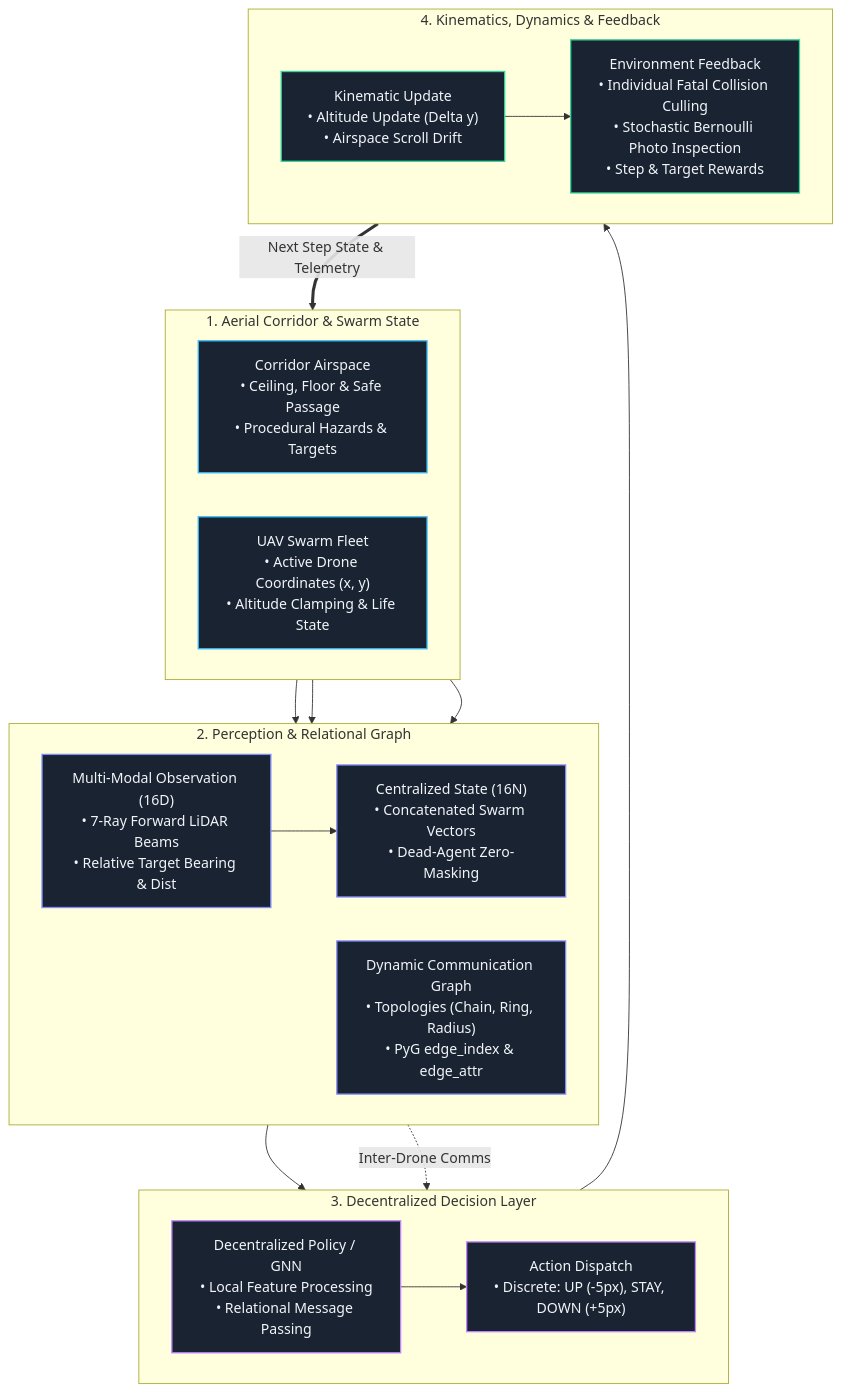
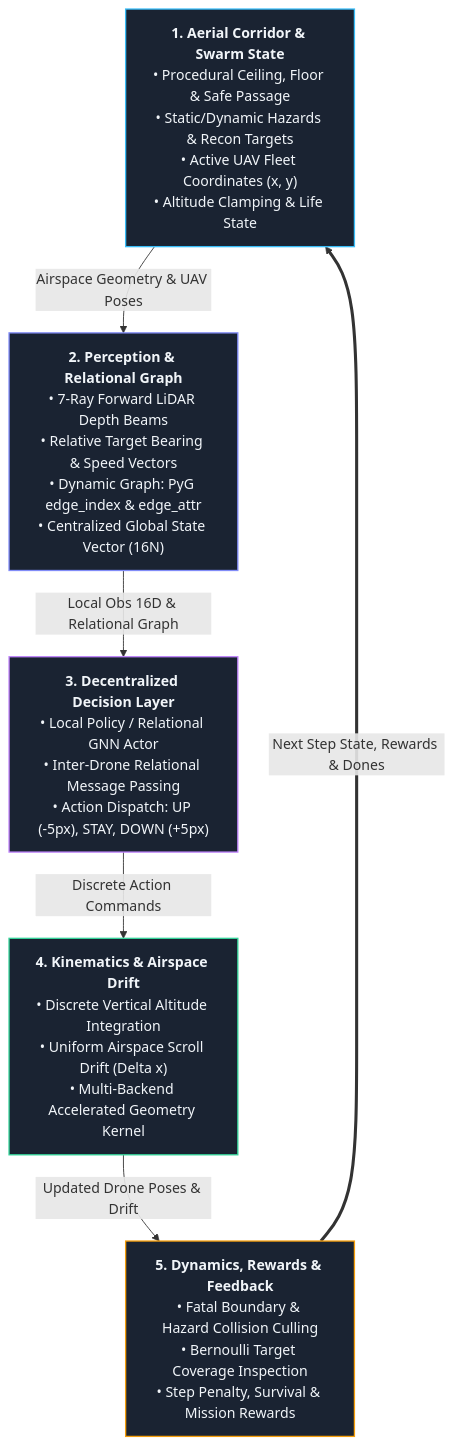
Before and after one commit to HamBa-m/scrollswarm: the diagram in docs/index.md, drawn with Mermaid.

Commit message:
docs: streamline Core Architecture diagram into a slim vertical pipeline

````diff
--- a/docs/index.md
+++ b/docs/index.md
@@ -35,50 +35,30 @@
 ```mermaid
 flowchart TD
-    subgraph S1 ["1. Aerial Corridor & Swarm State"]
-        direction LR
-        CORRIDOR["Corridor Airspace<br/>• Ceiling, Floor & Safe Passage<br/>• Procedural Hazards & Targets"]
-        SWARM["UAV Swarm Fleet<br/>• Active Drone Coordinates (x, y)<br/>• Altitude Clamping & Life State"]
-    end
+    ENV["<b>1. Aerial Corridor & Swarm State</b><br/>• Procedural Ceiling, Floor & Safe Passage<br/>• Static/Dynamic Hazards & Recon Targets<br/>• Active UAV Fleet Coordinates (x, y)<br/>• Altitude Clamping & Life State"]
 
-    subgraph S2 ["2. Perception & Relational Graph"]
-        direction LR
-        OBS["Multi-Modal Observation (16D)<br/>• 7-Ray Forward LiDAR Beams<br/>• Relative Target Bearing & Dist"]
-        GRAPH["Dynamic Communication Graph<br/>• Topologies (Chain, Ring, Radius)<br/>• PyG edge_index & edge_attr"]
-        CTDE["Centralized State (16N)<br/>• Concatenated Swarm Vectors<br/>• Dead-Agent Zero-Masking"]
-    end
+    PERCEPTION["<b>2. Perception & Relational Graph</b><br/>• 7-Ray Forward LiDAR Depth Beams<br/>• Relative Target Bearing & Speed Vectors<br/>• Dynamic Graph: PyG edge_index & edge_attr<br/>• Centralized Global State Vector (16N)"]
 
-    subgraph S3 ["3. Decentralized Decision Layer"]
-        direction LR
-        POLICY["Decentralized Policy / GNN<br/>• Local Feature Processing<br/>• Relational Message Passing"]
-        ACTIONS["Action Dispatch<br/>• Discrete: UP (-5px), STAY, DOWN (+5px)"]
-    end
+    POLICY["<b>3. Decentralized Decision Layer</b><br/>• Local Policy / Relational GNN Actor<br/>• Inter-Drone Relational Message Passing<br/>• Action Dispatch: UP (-5px), STAY, DOWN (+5px)"]
 
-    subgraph S4 ["4. Kinematics, Dynamics & Feedback"]
-        direction LR
-        KINEMATICS["Kinematic Update<br/>• Altitude Update (Delta y)<br/>• Airspace Scroll Drift"]
-        FEEDBACK["Environment Feedback<br/>• Individual Fatal Collision Culling<br/>• Stochastic Bernoulli Photo Inspection<br/>• Step & Target Rewards"]
-    end
+    KINEMATICS["<b>4. Kinematics & Airspace Drift</b><br/>• Discrete Vertical Altitude Integration<br/>• Uniform Airspace Scroll Drift (Delta x)<br/>• Multi-Backend Accelerated Geometry Kernel"]
 
-    CORRIDOR --> OBS
-    SWARM --> OBS
-    SWARM --> GRAPH
-    OBS --> CTDE
+    FEEDBACK["<b>5. Dynamics, Rewards & Feedback</b><br/>• Fatal Boundary & Hazard Collision Culling<br/>• Bernoulli Target Coverage Inspection<br/>• Step Penalty, Survival & Mission Rewards"]
 
-    OBS --> POLICY
-    GRAPH -.->|Inter-Drone Comms| POLICY
-    POLICY --> ACTIONS
-
-    ACTIONS --> KINEMATICS
-    KINEMATICS --> FEEDBACK
-    FEEDBACK ==>|Next Step State & Telemetry| S1
+    ENV -->|Airspace Geometry & UAV Poses| PERCEPTION
+    PERCEPTION -->|Local Obs 16D & Relational Graph| POLICY
+    POLICY -->|Discrete Action Commands| KINEMATICS
+    KINEMATICS -->|Updated Drone Poses & Drift| FEEDBACK
+    FEEDBACK ==>|Next Step State, Rewards & Dones| ENV
 
     classDef stage1 fill:#1a2332,stroke:#38bdf8,stroke-width:1.5px,color:#f1f5f9;
     classDef stage2 fill:#1a2332,stroke:#818cf8,stroke-width:1.5px,color:#f1f5f9;
     classDef stage3 fill:#1a2332,stroke:#c084fc,stroke-width:1.5px,color:#f1f5f9;
     classDef stage4 fill:#1a2332,stroke:#34d399,stroke-width:1.5px,color:#f1f5f9;
+    classDef stage5 fill:#1a2332,stroke:#f59e0b,stroke-width:1.5px,color:#f1f5f9;
 
-    class CORRIDOR,SWARM stage1;
-    class OBS,GRAPH,CTDE stage2;
-    class POLICY,ACTIONS stage3;
-    class KINEMATICS,FEEDBACK stage4;
+    class ENV stage1;
+    class PERCEPTION stage2;
+    class POLICY stage3;
+    class KINEMATICS stage4;
+    class FEEDBACK stage5;
 ```
````
